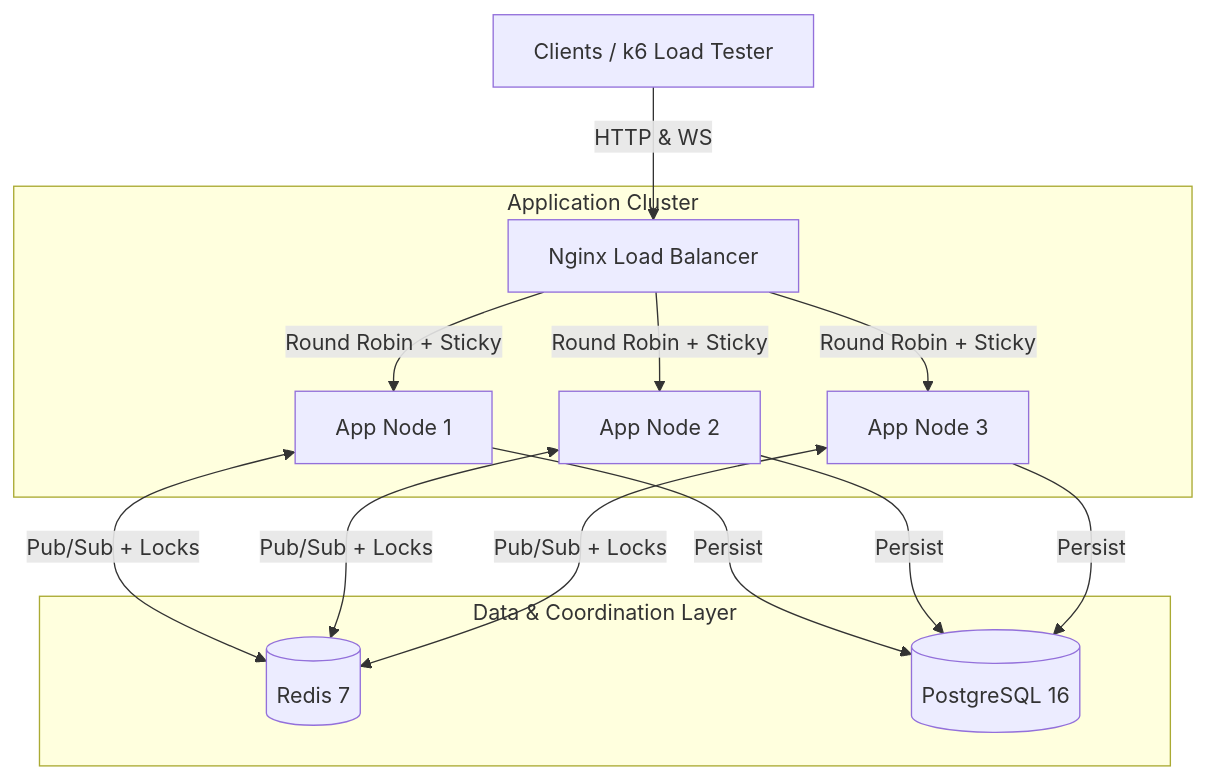
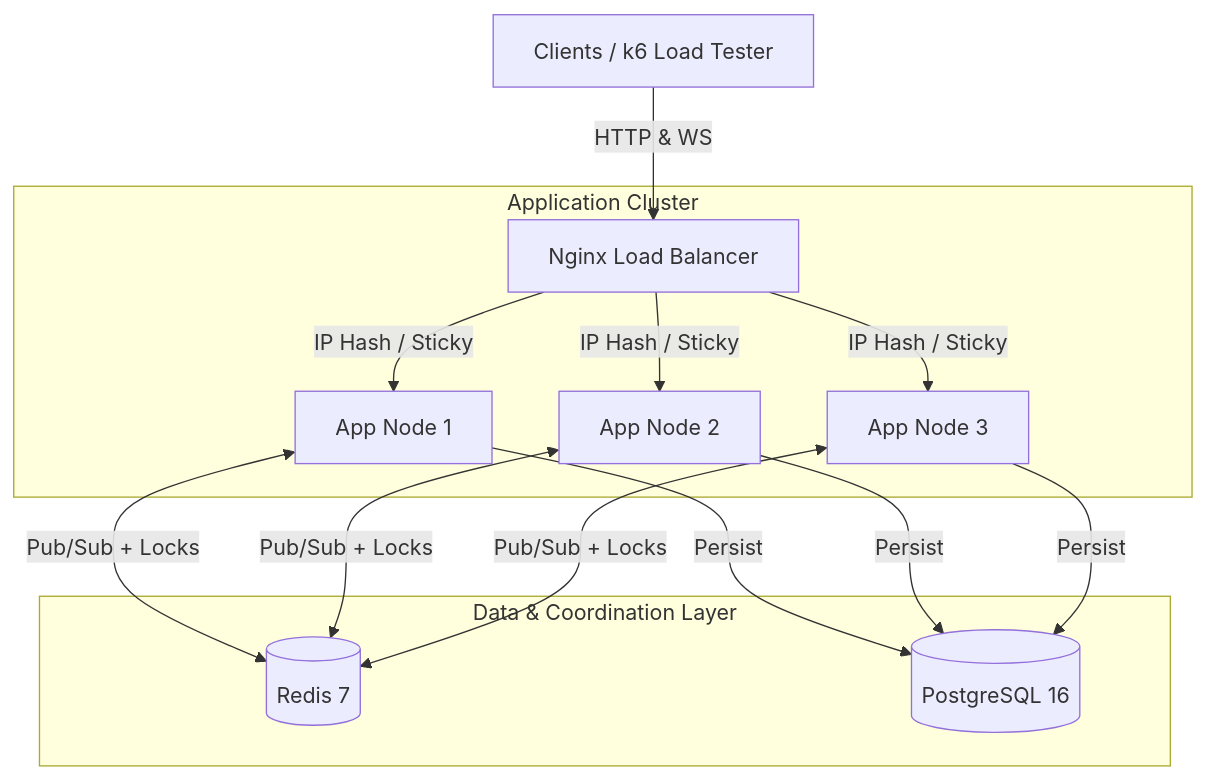
Before and after one commit to nunosilva-dev/bidflow: the diagram in README.md, drawn with Mermaid.

Commit message:
Update load balancing method in README diagram

````diff
--- a/README.md
+++ b/README.md
@@ -17,20 +17,20 @@
 ```mermaid
 graph TD
 Client[Clients / k6 Load Tester] -->|HTTP & WS| LB[Nginx Load Balancer]
-
+    
     subgraph "Application Cluster"
-        LB -->|Round Robin + Sticky| Node1[App Node 1]
-        LB -->|Round Robin + Sticky| Node2[App Node 2]
-        LB -->|Round Robin + Sticky| Node3[App Node 3]
+        LB -->|IP Hash / Sticky| Node1[App Node 1]
+        LB -->|IP Hash / Sticky| Node2[App Node 2]
+        LB -->|IP Hash / Sticky| Node3[App Node 3]
     end
     
     subgraph "Data & Coordination Layer"
         Node1 <-->|Pub/Sub + Locks| Redis[(Redis 7)]
         Node2 <-->|Pub/Sub + Locks| Redis
         Node3 <-->|Pub/Sub + Locks| Redis
         
         Node1 -->|Persist| DB[(PostgreSQL 16)]
         Node2 -->|Persist| DB
         Node3 -->|Persist| DB
     end
 ```
````
